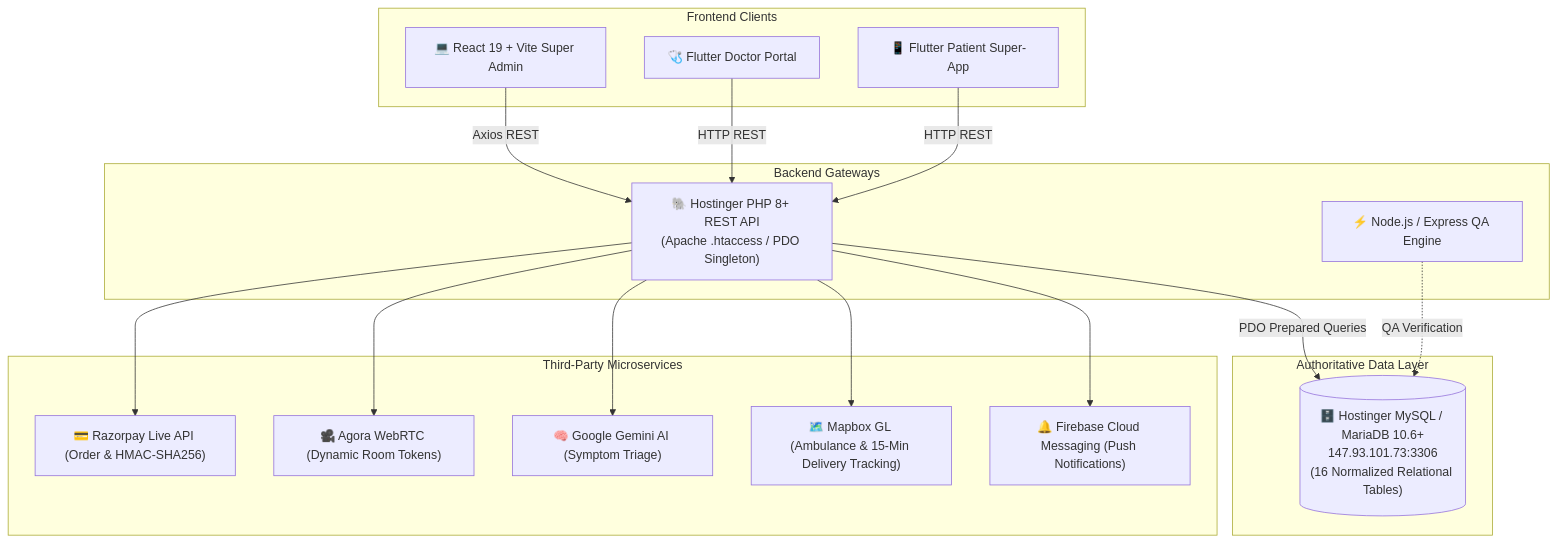
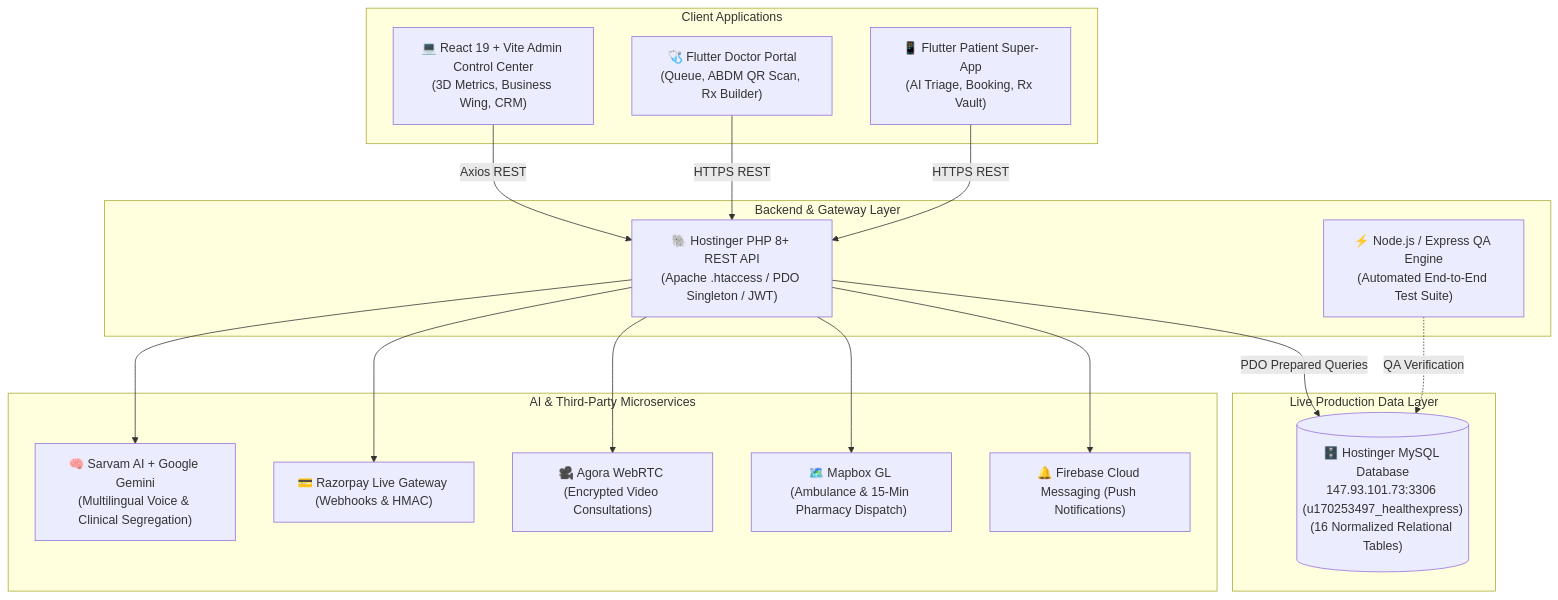
The first of 2 diagrams in README.md (pavanstarkin-tech/healthyxpress_medha), drawn with Mermaid before and after one commit. The commit also changed other lines of this file, not shown here.

Commit message:
docs: update comprehensive README with AI Business Wing, 3D metric cards, and live production deployment

````diff
--- a/README.md
+++ b/README.md
@@ -35,37 +39,37 @@
 ```mermaid
 graph TD
-    subgraph Frontend Clients
-        PatientApp["📱 Flutter Patient Super-App"]
-        DoctorApp["🩺 Flutter Doctor Portal"]
-        AdminApp["💻 React 19 + Vite Super Admin"]
+    subgraph Client Applications
+        PatientApp["📱 Flutter Patient Super-App<br/>(AI Triage, Booking, Rx Vault)"]
+        DoctorApp["🩺 Flutter Doctor Portal<br/>(Queue, ABDM QR Scan, Rx Builder)"]
+        AdminApp["💻 React 19 + Vite Admin Control Center<br/>(3D Metrics, Business Wing, CRM)"]
     end
 
-    subgraph Backend Gateways
-        PHPBackend["🐘 Hostinger PHP 8+ REST API<br/>(Apache .htaccess / PDO Singleton)"]
-        NodeBackend["⚡ Node.js / Express QA Engine"]
+    subgraph Backend & Gateway Layer
+        PHPBackend["🐘 Hostinger PHP 8+ REST API<br/>(Apache .htaccess / PDO Singleton / JWT)"]
+        NodeQA["⚡ Node.js / Express QA Engine<br/>(Automated End-to-End Test Suite)"]
     end
 
-    subgraph Authoritative Data Layer
-        RemoteDB[("🗄️ Hostinger MySQL / MariaDB 10.6+<br/>147.93.101.73:3306<br/>(16 Normalized Relational Tables)")]
+    subgraph Live Production Data Layer
+        LiveDB[("🗄️ Hostinger MySQL Database<br/>147.93.101.73:3306 (u170253497_healthexpress)<br/>(16 Normalized Relational Tables)")]
     end
 
-    subgraph Third-Party Microservices
-        Razorpay["💳 Razorpay Live API (Order & HMAC-SHA256)"]
-        Agora["🎥 Agora WebRTC (Dynamic Room Tokens)"]
-        Gemini["🧠 Google Gemini AI (Symptom Triage)"]
-        Mapbox["🗺️ Mapbox GL (Ambulance & 15-Min Delivery Tracking)"]
+    subgraph AI & Third-Party Microservices
+        AIModels["🧠 Sarvam AI + Google Gemini<br/>(Multilingual Voice & Clinical Segregation)"]
+        Razorpay["💳 Razorpay Live Gateway (Webhooks & HMAC)"]
+        Agora["🎥 Agora WebRTC (Encrypted Video Consultations)"]
+        Mapbox["🗺️ Mapbox GL (Ambulance & 15-Min Pharmacy Dispatch)"]
         FCM["🔔 Firebase Cloud Messaging (Push Notifications)"]
     end
 
-    PatientApp -->|HTTP REST| PHPBackend
-    DoctorApp -->|HTTP REST| PHPBackend
+    PatientApp -->|HTTPS REST| PHPBackend
+    DoctorApp -->|HTTPS REST| PHPBackend
     AdminApp -->|Axios REST| PHPBackend
-    NodeBackend -.->|QA Verification| RemoteDB
+    NodeQA -.->|QA Verification| LiveDB
 
-    PHPBackend -->|PDO Prepared Queries| RemoteDB
+    PHPBackend -->|PDO Prepared Queries| LiveDB
+    PHPBackend --> AIModels
     PHPBackend --> Razorpay
     PHPBackend --> Agora
-    PHPBackend --> Gemini
     PHPBackend --> Mapbox
     PHPBackend --> FCM
 ```
````
